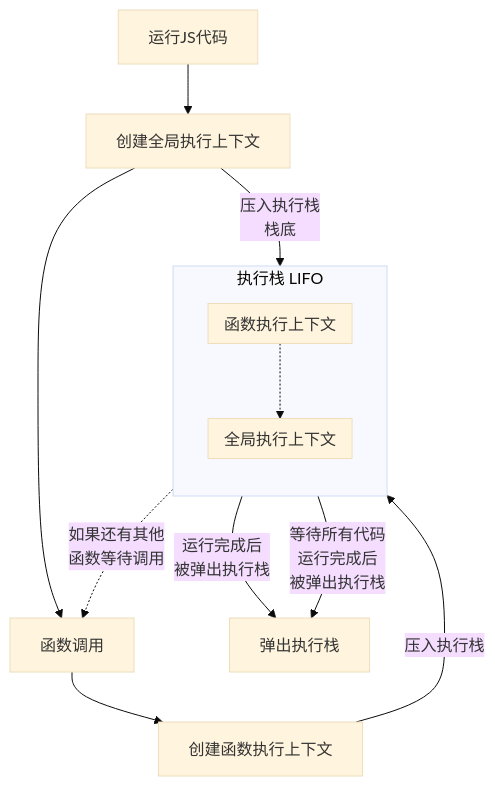
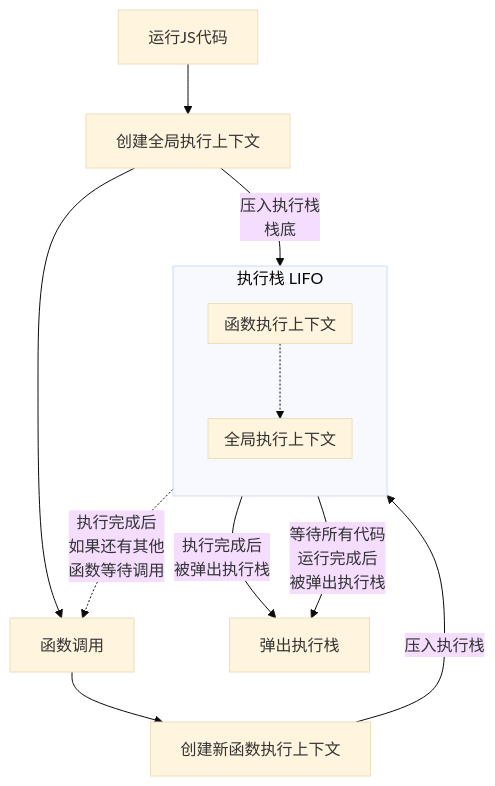
One commit to wzCoding/blog changed the diagram in docs/blog-js/10.md. Above: the diagram before and after it, drawn with Mermaid (base theme). The commit also changed other lines of this file and 2 other files, not shown here.

````diff
--- a/docs/blog-js/10.md
+++ b/docs/blog-js/10.md
@@ -187,20 +167,20 @@
 ```mermaid
 graph TB
 subgraph 执行栈 LIFO
 direction TB
   subgraph 全局执行上下文
   end
   subgraph 函数执行上下文
   end
 end
 
 运行JS代码-->创建全局执行上下文
 创建全局执行上下文--压入执行栈<br>栈底-->全局执行上下文
 创建全局执行上下文-->函数调用
-函数调用-->创建函数执行上下文
-创建函数执行上下文--压入执行栈-->函数执行上下文
+函数调用-->创建新函数执行上下文
+创建新函数执行上下文--压入执行栈-->函数执行上下文
 函数执行上下文-.->全局执行上下文
-函数执行上下文-.如果还有其他<br>函数等待调用.->函数调用
-函数执行上下文--运行完成后<br>被弹出执行栈-->弹出执行栈
+函数执行上下文-.执行完成后<br>如果还有其他<br>函数等待调用.->函数调用
+函数执行上下文--执行完成后<br>被弹出执行栈-->弹出执行栈
 全局执行上下文--等待所有代码<br>运行完成后<br>被弹出执行栈-->弹出执行栈
 ```
````
